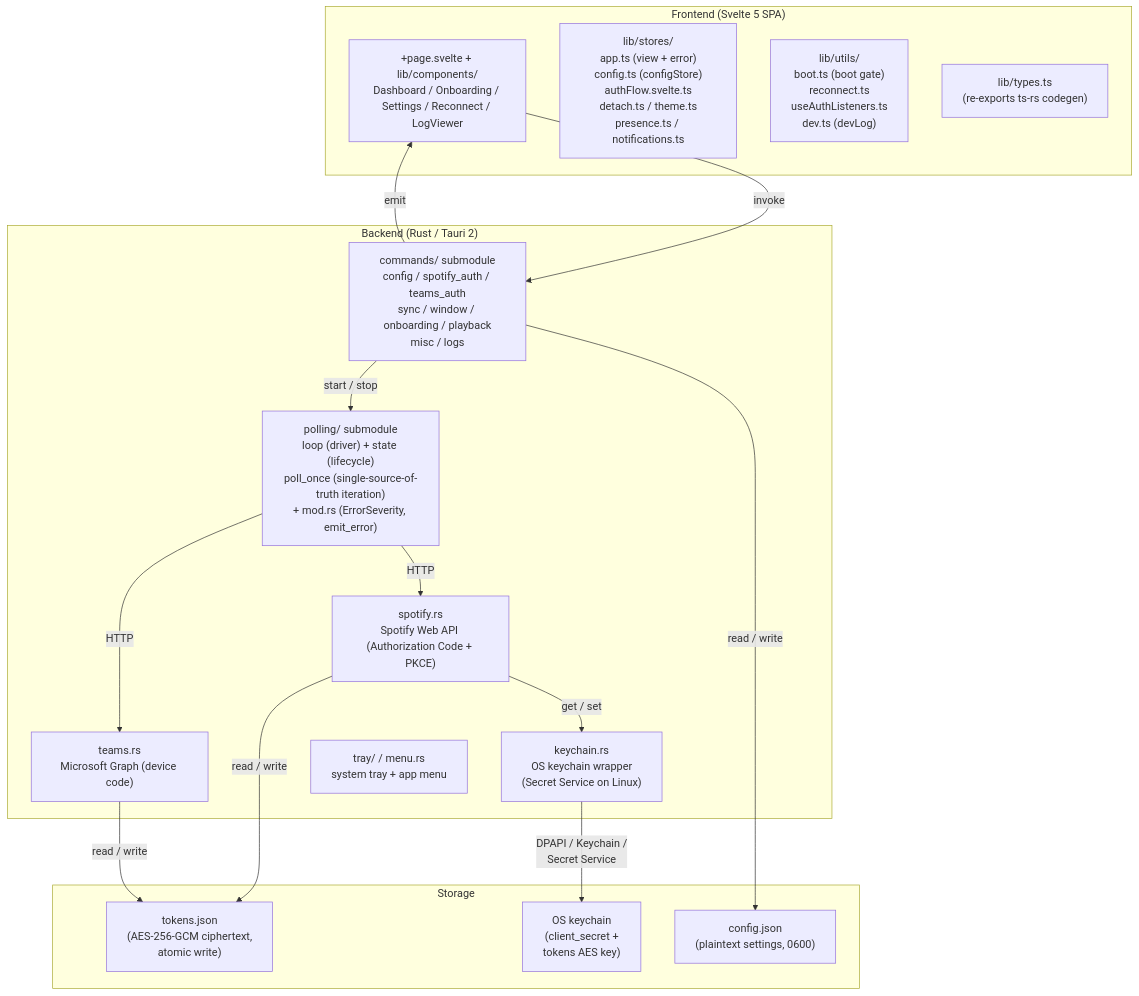
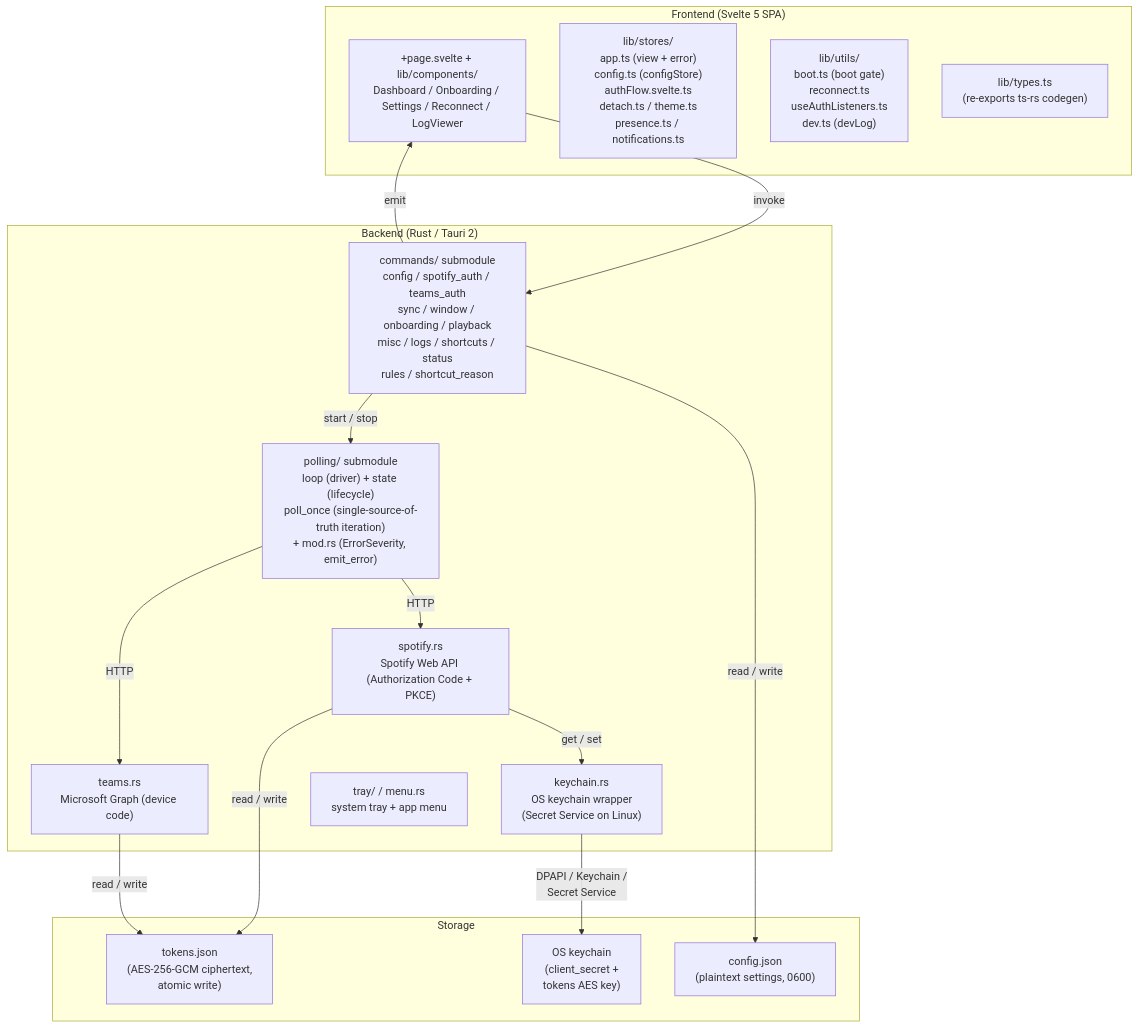
Before and after one commit to Carme99/PresenceJam-Desktop: the first of 2 diagrams in docs/architecture/overview.md, drawn with Mermaid. The commit also changed 13 other files, not shown here.

````diff
--- a/docs/architecture/overview.md
+++ b/docs/architecture/overview.md
@@ -51,35 +51,35 @@
 ```mermaid
 graph TD
     subgraph Frontend ["Frontend (Svelte 5 SPA)"]
         UI["+page.svelte + lib/components/<br/>Dashboard / Onboarding / Settings / Reconnect / LogViewer"]
         Stores["lib/stores/<br/>app.ts (view + error)<br/>config.ts (configStore)<br/>authFlow.svelte.ts<br/>detach.ts / theme.ts<br/>presence.ts / notifications.ts"]
         Utils["lib/utils/<br/>boot.ts (boot gate)<br/>reconnect.ts<br/>useAuthListeners.ts<br/>dev.ts (devLog)"]
         Types["lib/types.ts<br/>(re-exports ts-rs codegen)"]
     end
 
     subgraph Backend ["Backend (Rust / Tauri 2)"]
-        Commands["commands/ submodule<br/>config / spotify_auth / teams_auth<br/>sync / window / onboarding / playback<br/>misc / logs"]
+        Commands["commands/ submodule<br/>config / spotify_auth / teams_auth<br/>sync / window / onboarding / playback<br/>misc / logs / shortcuts / status<br/>rules / shortcut_reason"]
         Polling["polling/ submodule<br/>loop (driver) + state (lifecycle)<br/>poll_once (single-source-of-truth iteration)<br/>+ mod.rs (ErrorSeverity, emit_error)"]
         SpotifyAPI["spotify.rs<br/>Spotify Web API (Authorization Code + PKCE)"]
         TeamsAPI["teams.rs<br/>Microsoft Graph (device code)"]
         Keychain["keychain.rs<br/>OS keychain wrapper<br/>(Secret Service on Linux)"]
         Tray["tray/ / menu.rs<br/>system tray + app menu"]
     end
 
     subgraph Storage ["Storage"]
         Tokens["tokens.json<br/>(AES-256-GCM ciphertext,<br/>atomic write)"]
         Secret["OS keychain<br/>(client_secret +<br/>tokens AES key)"]
         Config["config.json<br/>(plaintext settings, 0600)"]
     end
 
     UI -->|"invoke<Cmd>"| Commands
     Commands -->|"emit<Event>"| UI
     Commands -->|"start / stop"| Polling
     Polling -->|"HTTP"| SpotifyAPI
     Polling -->|"HTTP"| TeamsAPI
     SpotifyAPI -->|"read / write"| Tokens
     TeamsAPI -->|"read / write"| Tokens
     SpotifyAPI -->|"get / set"| Keychain
     Commands -->|"read / write"| Config
     Keychain -->|"DPAPI / Keychain /<br/>Secret Service"| Secret
 ```
````
